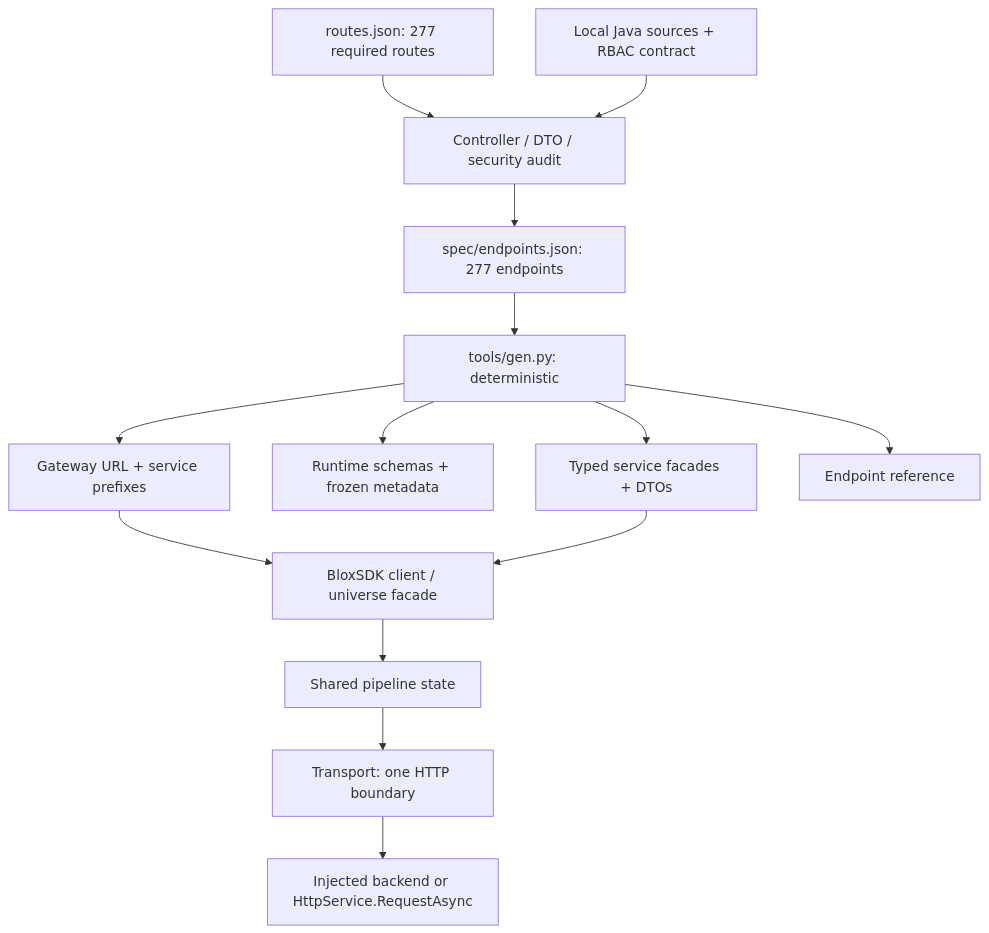
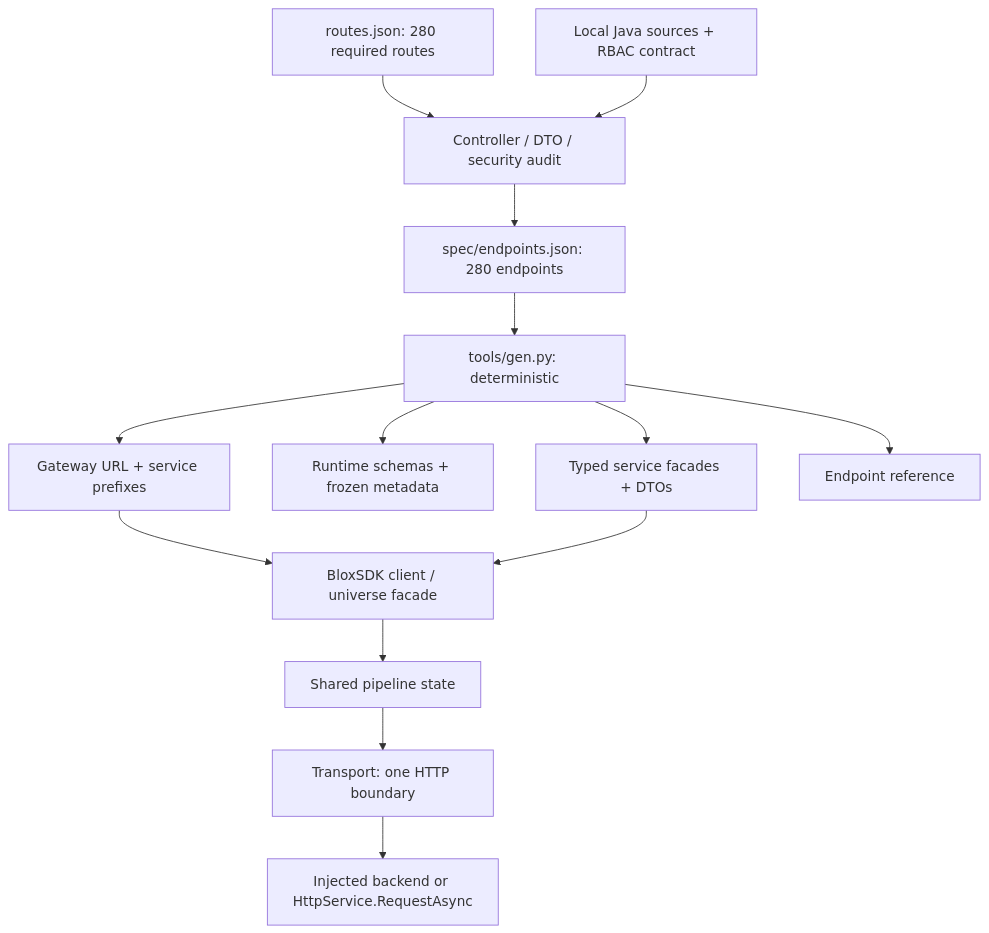
The first of 2 diagrams in docs/ARCHITECTURE.md (samjay22/blox-sdk), drawn with Mermaid before and after one commit. The commit also changed 22 other files, not shown here.

````diff
--- a/docs/ARCHITECTURE.md
+++ b/docs/ARCHITECTURE.md
@@ -3,16 +3,16 @@
 ```mermaid
 flowchart TD
-  Routes[routes.json: 277 required routes] --> Audit[Controller / DTO / security audit]
+  Routes[routes.json: 280 required routes] --> Audit[Controller / DTO / security audit]
   Java[Local Java sources + RBAC contract] --> Audit
-  Audit --> Spec[spec/endpoints.json: 277 endpoints]
+  Audit --> Spec[spec/endpoints.json: 280 endpoints]
   Spec --> Generator[tools/gen.py: deterministic]
   Generator --> Services[Typed service facades + DTOs]
   Generator --> Schemas[Runtime schemas + frozen metadata]
   Generator --> Routing[Gateway URL + service prefixes]
   Routing --> Client
   Generator --> Reference[Endpoint reference]
   Services --> Client[BloxSDK client / universe facade]
   Client --> Pipeline[Shared pipeline state]
   Pipeline --> Transport[Transport: one HTTP boundary]
   Transport --> Backend[Injected backend or HttpService.RequestAsync]
 ```
````
